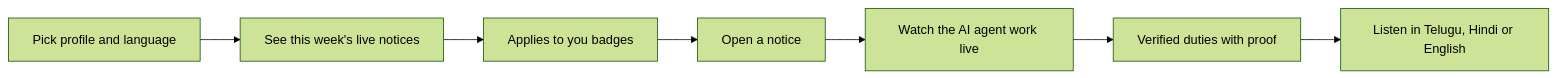
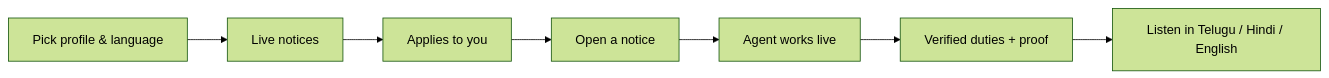
The first of 3 diagrams in README.md (akshaykumarkorepu/pramaan), drawn with Mermaid (forest theme) before and after one commit. The commit also changed other lines of this file and 10 other files, not shown here.

Commit message:
docs: final README with diagrams and demo GIFs

````diff
--- a/README.md
+++ b/README.md
@@ -28,9 +45,9 @@
 ```mermaid
 flowchart LR
-    A["Pick profile and language"] --> B["See this week's live notices"]
-    B --> C["Applies to you badges"]
+    A["Pick profile & language"] --> B["Live notices"]
+    B --> C["Applies to you"]
     C --> D["Open a notice"]
-    D --> E["Watch the AI agent work live"]
-    E --> F["Verified duties with proof"]
-    F --> G["Listen in Telugu, Hindi or English"]
+    D --> E["Agent works live"]
+    E --> F["Verified duties + proof"]
+    F --> G["Listen in Telugu / Hindi / English"]
 ```
````
